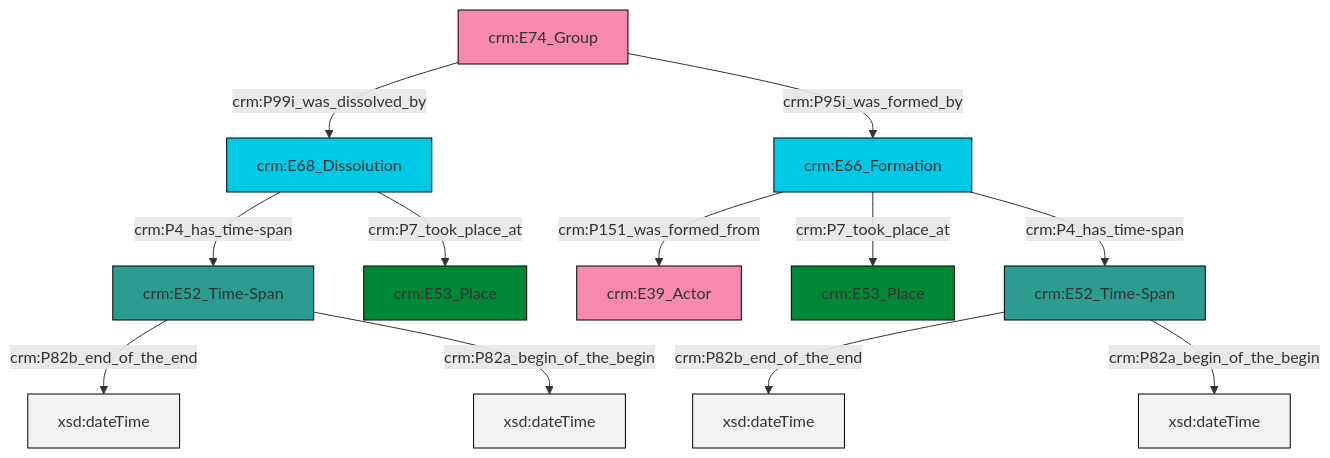
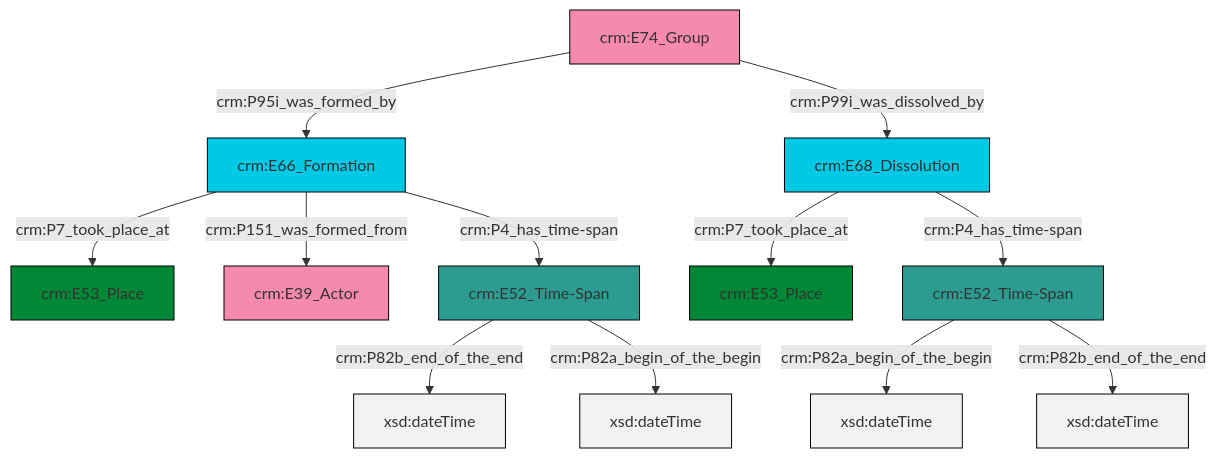
One commit to swiss-art-research-net/reference-data-models changed the diagram in et/groupCSV/ttl/mmd/group_existence.ttl.mmd. Above: the diagram before and after it, drawn with Mermaid. The commit also changed 126 other files, not shown here.

```diff
--- a/et/groupCSV/ttl/mmd/group_existence.ttl.mmd
+++ b/et/groupCSV/ttl/mmd/group_existence.ttl.mmd
@@ -1,26 +1,26 @@
 graph TD
 classDef Literal fill:#f2f2f2,stroke:#000000;
 classDef CRM_Entity fill:#FFFFFF,stroke:#000000;
 classDef Temporal_Entity fill:#00C9E6, stroke:#000000;
 classDef Type fill:#E18312, stroke:#000000;
 classDef Time-Span fill:#2C9C91, stroke:#000000;
 classDef Appellation fill:#FFEB7F, stroke:#000000;
 classDef Place fill:#008836, stroke:#000000;
 classDef Persistent_Item fill:#B266B2, stroke:#000000;
 classDef Conceptual_Object fill:#FFD700, stroke:#000000;
 classDef Physical_Thing fill:#D2B48C, stroke:#000000;
 classDef Actor fill:#f58aad, stroke:#000000;
 classDef PC_Classes fill:#4ce600, stroke:#000000;
 classDef Multi fill:#cccccc,stroke:#000000;
 
-0["crm:E52_Time-Span"]:::Time-Span -->|crm:P82b_end_of_the_end| 1[xsd:dateTime]:::Literal
-2["crm:E68_Dissolution"]:::Temporal_Entity -->|crm:P4_has_time-span| 0["crm:E52_Time-Span"]:::Time-Span
-3["crm:E66_Formation"]:::Temporal_Entity -->|crm:P151_was_formed_from| 4["crm:E39_Actor"]:::Actor
-5["crm:E74_Group"]:::Actor -->|crm:P99i_was_dissolved_by| 2["crm:E68_Dissolution"]:::Temporal_Entity
-5["crm:E74_Group"]:::Actor -->|crm:P95i_was_formed_by| 3["crm:E66_Formation"]:::Temporal_Entity
-0["crm:E52_Time-Span"]:::Time-Span -->|crm:P82a_begin_of_the_begin| 16[xsd:dateTime]:::Literal
-2["crm:E68_Dissolution"]:::Temporal_Entity -->|crm:P7_took_place_at| 12["crm:E53_Place"]:::Place
-6["crm:E52_Time-Span"]:::Time-Span -->|crm:P82b_end_of_the_end| 17[xsd:dateTime]:::Literal
-3["crm:E66_Formation"]:::Temporal_Entity -->|crm:P7_took_place_at| 10["crm:E53_Place"]:::Place
-6["crm:E52_Time-Span"]:::Time-Span -->|crm:P82a_begin_of_the_begin| 18[xsd:dateTime]:::Literal
-3["crm:E66_Formation"]:::Temporal_Entity -->|crm:P4_has_time-span| 6["crm:E52_Time-Span"]:::Time-Span
+0["crm:E66_Formation"]:::Temporal_Entity -->|crm:P7_took_place_at| 1["crm:E53_Place"]:::Place
+0["crm:E66_Formation"]:::Temporal_Entity -->|crm:P151_was_formed_from| 2["crm:E39_Actor"]:::Actor
+3["crm:E74_Group"]:::Actor -->|crm:P95i_was_formed_by| 0["crm:E66_Formation"]:::Temporal_Entity
+4["crm:E68_Dissolution"]:::Temporal_Entity -->|crm:P7_took_place_at| 5["crm:E53_Place"]:::Place
+7["crm:E52_Time-Span"]:::Time-Span -->|crm:P82a_begin_of_the_begin| 8[xsd:dateTime]:::Literal
+7["crm:E52_Time-Span"]:::Time-Span -->|crm:P82b_end_of_the_end| 11[xsd:dateTime]:::Literal
+13["crm:E52_Time-Span"]:::Time-Span -->|crm:P82b_end_of_the_end| 14[xsd:dateTime]:::Literal
+3["crm:E74_Group"]:::Actor -->|crm:P99i_was_dissolved_by| 4["crm:E68_Dissolution"]:::Temporal_Entity
+0["crm:E66_Formation"]:::Temporal_Entity -->|crm:P4_has_time-span| 13["crm:E52_Time-Span"]:::Time-Span
+13["crm:E52_Time-Span"]:::Time-Span -->|crm:P82a_begin_of_the_begin| 17[xsd:dateTime]:::Literal
+4["crm:E68_Dissolution"]:::Temporal_Entity -->|crm:P4_has_time-span| 7["crm:E52_Time-Span"]:::Time-Span
```
